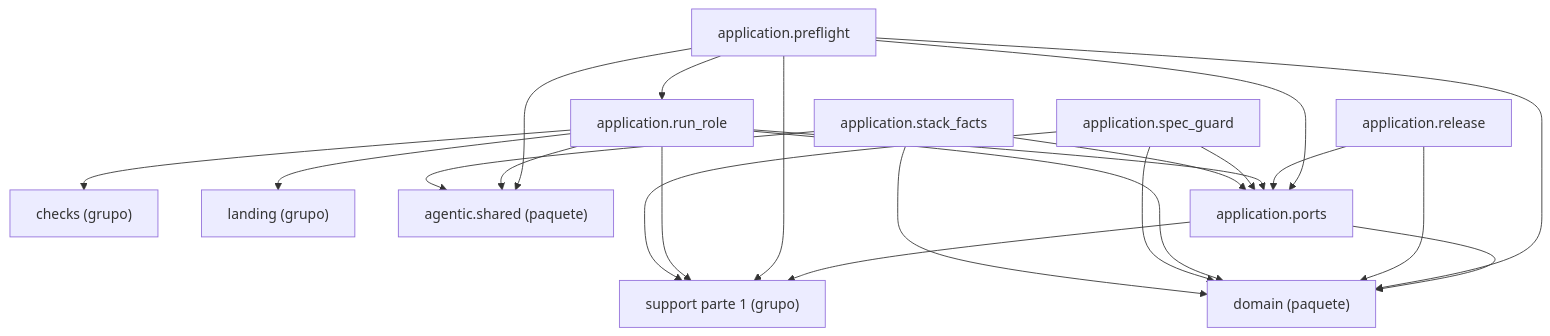
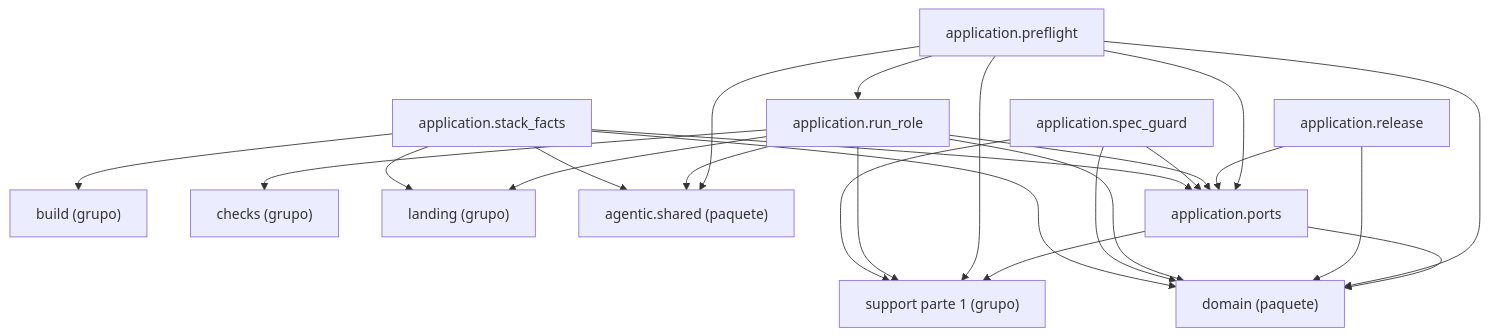
One commit to GonzaloZevallos/agentic-system changed the diagram in docs/architecture/generated/packages-process-application-support-2.md. Above: the diagram before and after it, drawn with Mermaid. The commit also changed 3 other files, not shown here.

First line of the commit message:
Regenerate the architecture pages for ParentLink and the new stack_facts imports

````diff
--- a/docs/architecture/generated/packages-process-application-support-2.md
+++ b/docs/architecture/generated/packages-process-application-support-2.md
@@ -17,35 +17,38 @@
 ```mermaid
 graph TD
+    g_application__build["build (grupo)"]
     g_application__checks["checks (grupo)"]
     g_application__landing["landing (grupo)"]
     g_application__support__1["support parte 1 (grupo)"]
     g_pkg__agentic__shared["agentic.shared (paquete)"]
     g_pkg__domain["domain (paquete)"]
     m_application__ports["application.ports"]
     m_application__preflight["application.preflight"]
     m_application__release["application.release"]
     m_application__run_role["application.run_role"]
     m_application__spec_guard["application.spec_guard"]
     m_application__stack_facts["application.stack_facts"]
     m_application__ports --> g_application__support__1
     m_application__ports --> g_pkg__domain
     m_application__preflight --> g_application__support__1
     m_application__preflight --> g_pkg__agentic__shared
     m_application__preflight --> g_pkg__domain
     m_application__preflight --> m_application__ports
     m_application__preflight --> m_application__run_role
     m_application__release --> g_pkg__domain
     m_application__release --> m_application__ports
     m_application__run_role --> g_application__checks
     m_application__run_role --> g_application__landing
     m_application__run_role --> g_application__support__1
     m_application__run_role --> g_pkg__agentic__shared
     m_application__run_role --> g_pkg__domain
     m_application__run_role --> m_application__ports
     m_application__spec_guard --> g_application__support__1
     m_application__spec_guard --> g_pkg__domain
     m_application__spec_guard --> m_application__ports
+    m_application__stack_facts --> g_application__build
+    m_application__stack_facts --> g_application__landing
     m_application__stack_facts --> g_pkg__agentic__shared
     m_application__stack_facts --> g_pkg__domain
     m_application__stack_facts --> m_application__ports
 ```
````
